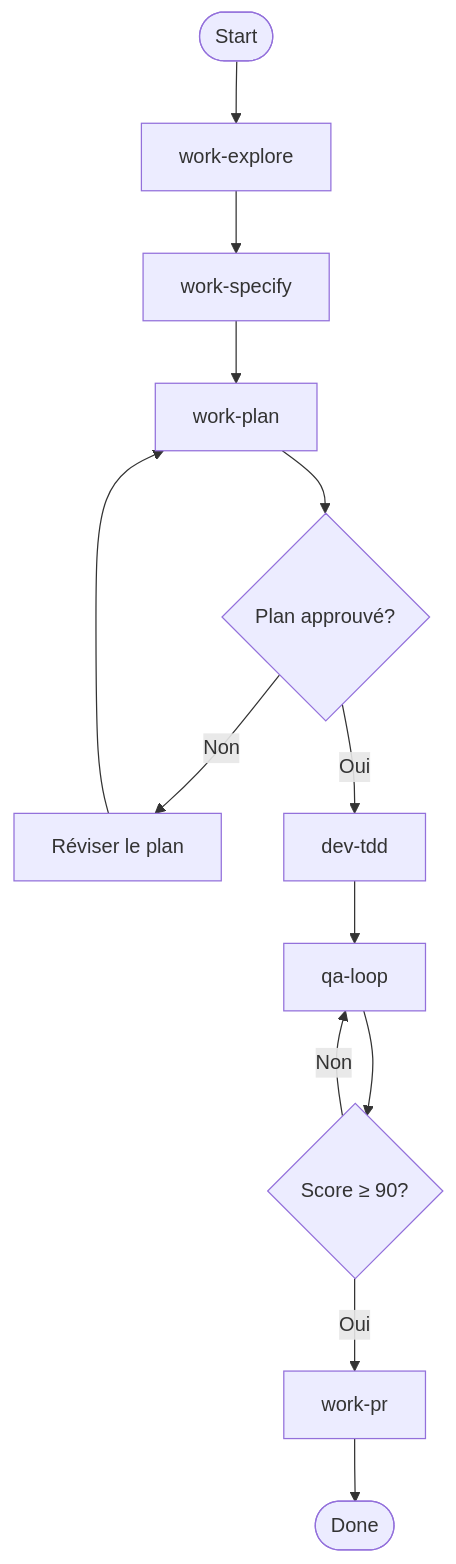
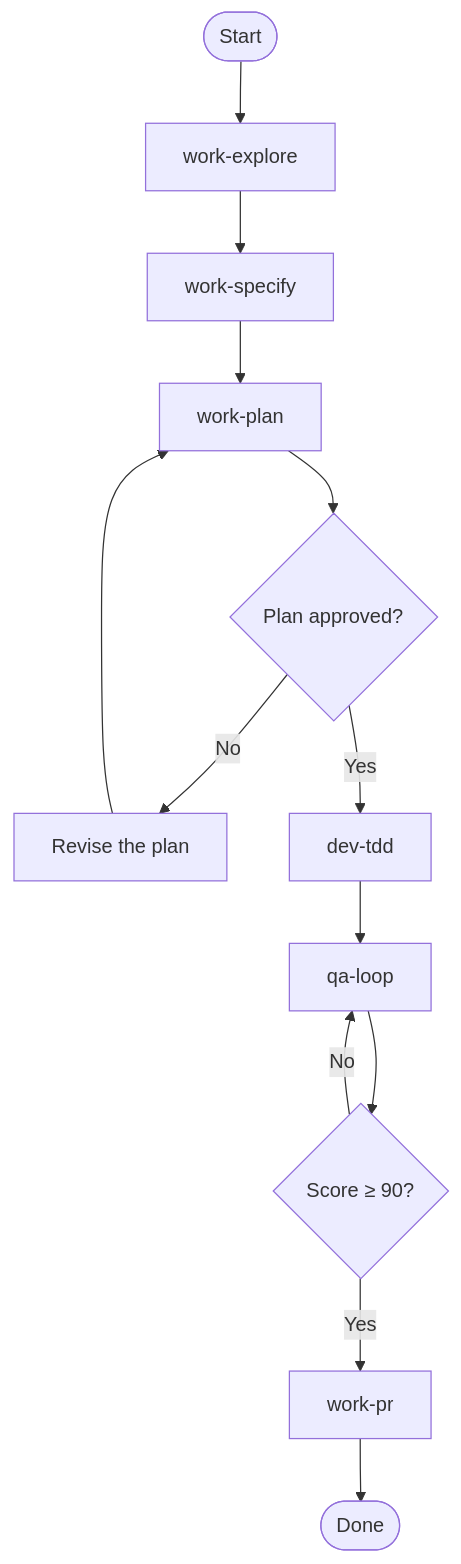
Before and after one commit to christopherlouet/claude-base: the second of 8 diagrams in website/docs/concepts/workflows.md, drawn with Mermaid. The commit also changed other lines of this file and 1 other file, not shown here.

````diff
--- a/website/docs/concepts/workflows.md
+++ b/website/docs/concepts/workflows.md
@@ -104,15 +104,15 @@
 ```mermaid
 flowchart TD
     START([Start]) --> EXPLORE[work-explore]
     EXPLORE --> SPECIFY[work-specify]
     SPECIFY --> PLAN[work-plan]
-    PLAN --> APPROVED{Plan approuvé?}
-    APPROVED -->|Non| REVISE[Réviser le plan]
+    PLAN --> APPROVED{Plan approved?}
+    APPROVED -->|No| REVISE[Revise the plan]
     REVISE --> PLAN
-    APPROVED -->|Oui| CODE[dev-tdd]
+    APPROVED -->|Yes| CODE[dev-tdd]
     CODE --> AUDIT[qa-loop]
     AUDIT --> SCORE{Score ≥ 90?}
-    SCORE -->|Non| AUDIT
-    SCORE -->|Oui| PR[work-pr]
+    SCORE -->|No| AUDIT
+    SCORE -->|Yes| PR[work-pr]
     PR --> DONE([Done])
 ```
````
